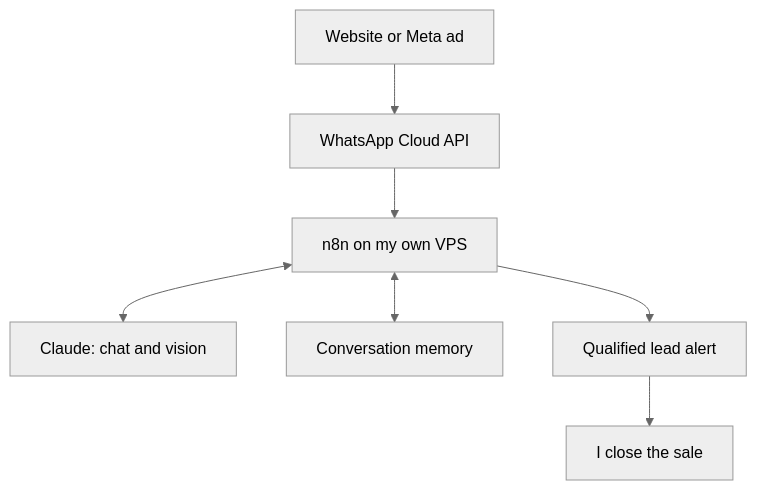
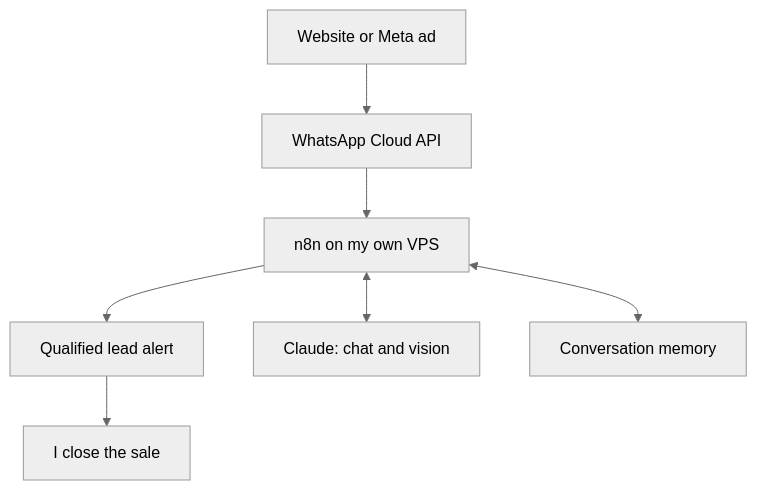
The diagram in README.md (fanavar/fanavar), drawn with Mermaid (neutral theme) before and after one commit. The commit also changed other lines of this file, not shown here.

Commit message:
Reorder diagram branches

````diff
--- a/README.md
+++ b/README.md
@@ -17,9 +17,9 @@
 ```mermaid
 flowchart TD
   A[Website or Meta ad] --> B[WhatsApp Cloud API]
   B --> C[n8n on my own VPS]
+  C --> F[Qualified lead alert]
   C <--> D[Claude: chat and vision]
   C <--> E[Conversation memory]
-  C --> F[Qualified lead alert]
   F --> G[I close the sale]
 ```
````
